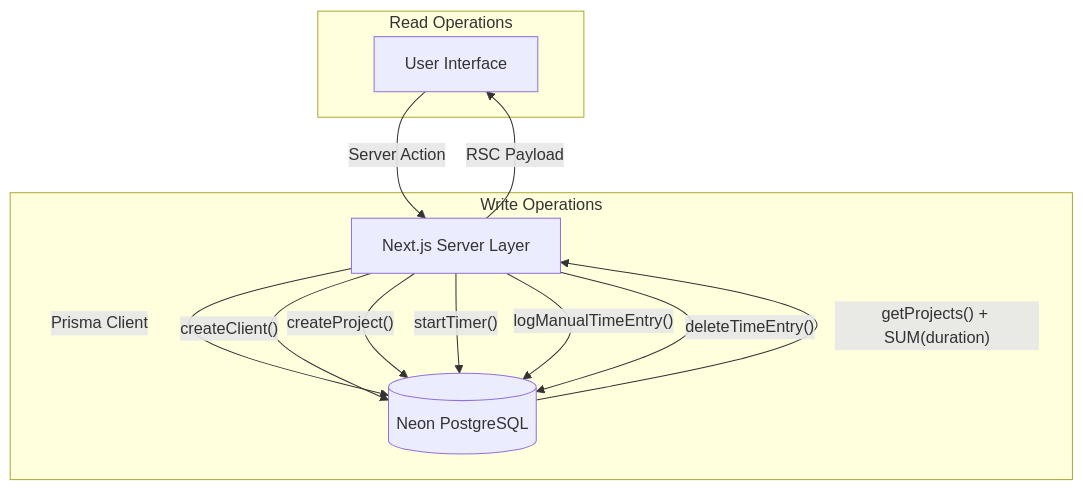
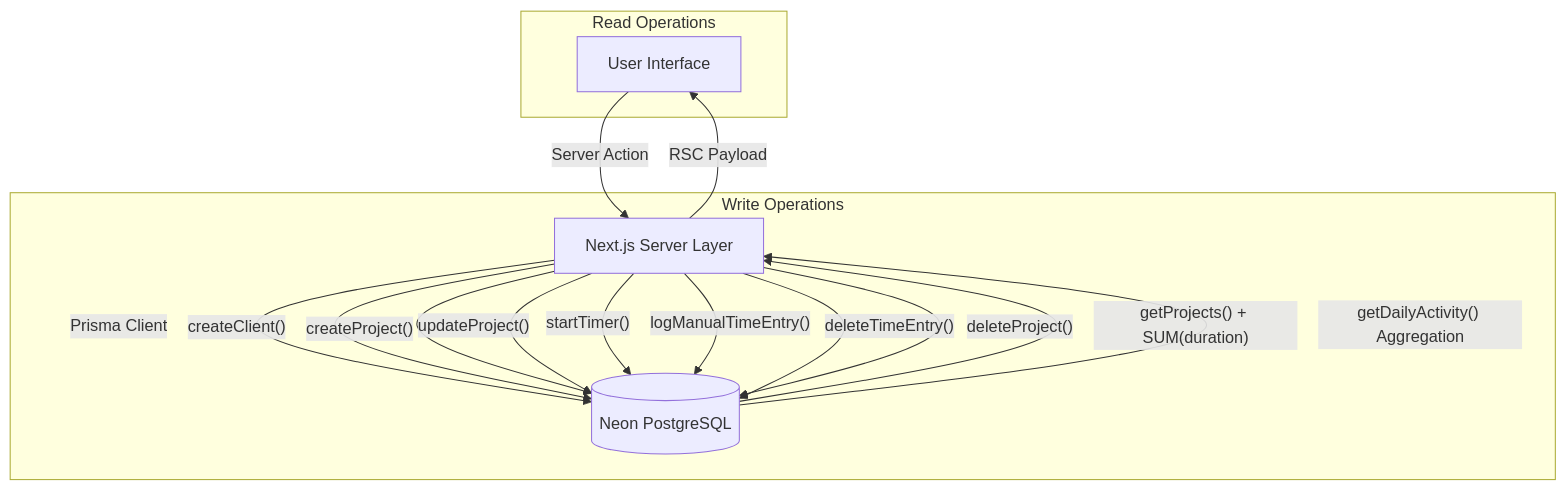
One commit to filio623/chronos changed the first of 2 diagrams in TECH_GUIDE.md. Above: the diagram before and after it, drawn with Mermaid. The commit also changed other lines of this file and 7 other files, not shown here.

````diff
--- a/TECH_GUIDE.md
+++ b/TECH_GUIDE.md
@@ -16,18 +16,21 @@
 ```mermaid
 graph TD
     User[User Interface] -->|Server Action| API[Next.js Server Layer]
     API -->|Prisma Client| DB[(Neon PostgreSQL)]
     
     subgraph "Write Operations"
         API -- "createClient()" --> DB
         API -- "createProject()" --> DB
+        API -- "updateProject()" --> DB
         API -- "startTimer()" --> DB
         API -- "logManualTimeEntry()" --> DB
         API -- "deleteTimeEntry()" --> DB
+        API -- "deleteProject()" --> DB
     end
     
     subgraph "Read Operations"
         DB -- "getProjects() + SUM(duration)" --> API
+        DB -- "getDailyActivity() Aggregation" --> API
         API -- "RSC Payload" --> User
     end
 ```
````
